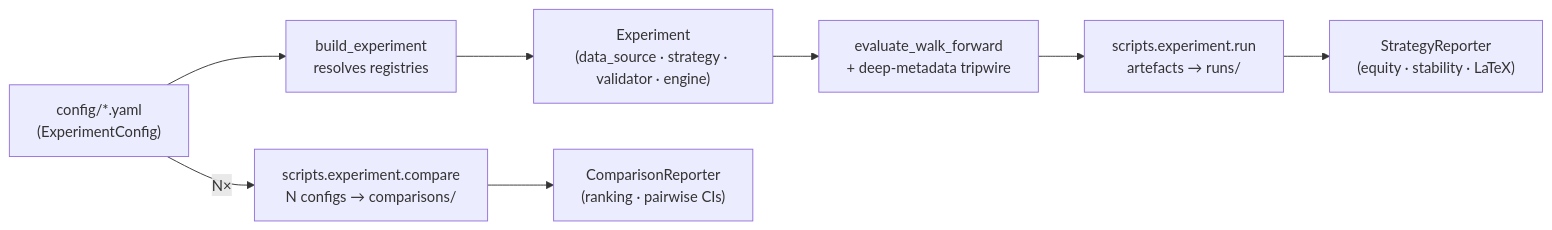
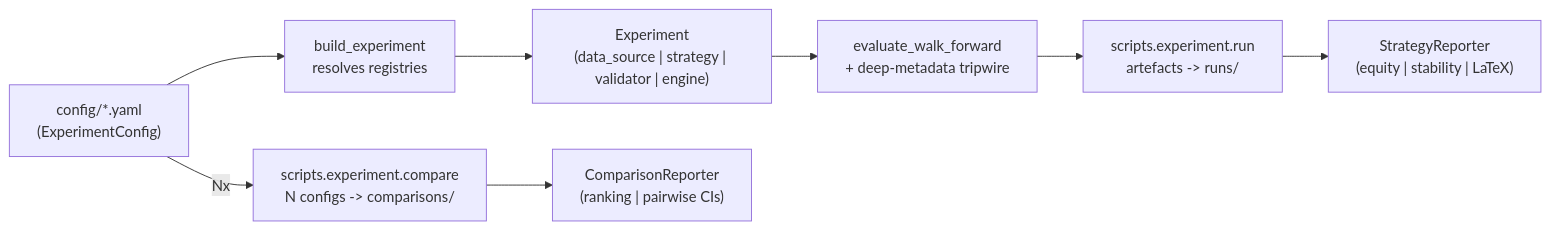
The fourth of 5 diagrams in README.md (Alextz307/quantforge), drawn with Mermaid before and after one commit. The commit also changed other lines of this file and 358 other files, not shown here.

````diff
--- a/README.md
+++ b/README.md
@@ -163,15 +165,15 @@
 ```mermaid
 graph LR
     Config["config/*.yaml<br/>(ExperimentConfig)"]
     Builder["build_experiment<br/>resolves registries"]
-    Experiment["Experiment<br/>(data_source · strategy · validator · engine)"]
+    Experiment["Experiment<br/>(data_source | strategy | validator | engine)"]
     WalkForward["evaluate_walk_forward<br/>+ deep-metadata tripwire"]
-    RunCLI["scripts.experiment.run<br/>artefacts → runs/"]
-    CompareCLI["scripts.experiment.compare<br/>N configs → comparisons/"]
-    StrategyReporter["StrategyReporter<br/>(equity · stability · LaTeX)"]
-    ComparisonReporter["ComparisonReporter<br/>(ranking · pairwise CIs)"]
+    RunCLI["scripts.experiment.run<br/>artefacts -> runs/"]
+    CompareCLI["scripts.experiment.compare<br/>N configs -> comparisons/"]
+    StrategyReporter["StrategyReporter<br/>(equity | stability | LaTeX)"]
+    ComparisonReporter["ComparisonReporter<br/>(ranking | pairwise CIs)"]
 
     Config --> Builder --> Experiment --> WalkForward
     WalkForward --> RunCLI --> StrategyReporter
-    Config -->|N×| CompareCLI --> ComparisonReporter
+    Config -->|Nx| CompareCLI --> ComparisonReporter
 ```
````
